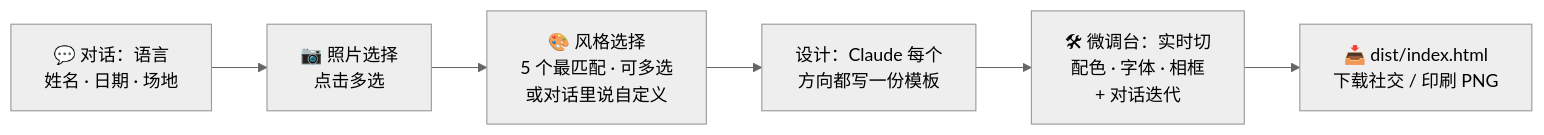
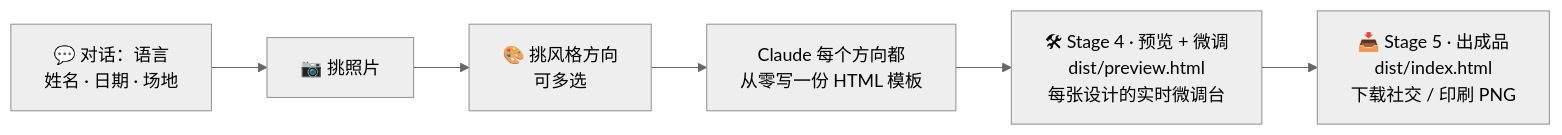
One commit to wyx-sg/wedding-invitation-skill changed the diagram in README.zh-CN.md. Above: the diagram before and after it, drawn with Mermaid (neutral theme). The commit also changed other lines of this file and 1 other file, not shown here.

First line of the commit message:
README: update flow description for the Stage 4 / Stage 5 split

````diff
--- a/README.zh-CN.md
+++ b/README.zh-CN.md
@@ -92,8 +89,8 @@
 ```mermaid
 flowchart LR
-    A[💬 对话：语言<br/>姓名 · 日期 · 场地] --> P[📷 照片选择<br/>点击多选]
-    P --> S[🎨 风格选择<br/>5 个最匹配 · 可多选<br/>或对话里说自定义]
-    S --> D[设计：Claude 每个<br/>方向都写一份模板]
-    D --> T[🛠 微调台：实时切<br/>配色 · 字体 · 相框<br/>+ 对话迭代]
-    T --> O[📥 dist/index.html<br/>下载社交 / 印刷 PNG]
+    A[💬 对话：语言<br/>姓名 · 日期 · 场地] --> P[📷 挑照片]
+    P --> S[🎨 挑风格方向<br/>可多选]
+    S --> D[Claude 每个方向都<br/>从零写一份 HTML 模板]
+    D --> ST[🛠 Stage 4 · 预览 + 微调<br/>dist/preview.html<br/>每张设计的实时微调台]
+    ST --> DL[📥 Stage 5 · 出成品<br/>dist/index.html<br/>下载社交 / 印刷 PNG]
 ```
````
